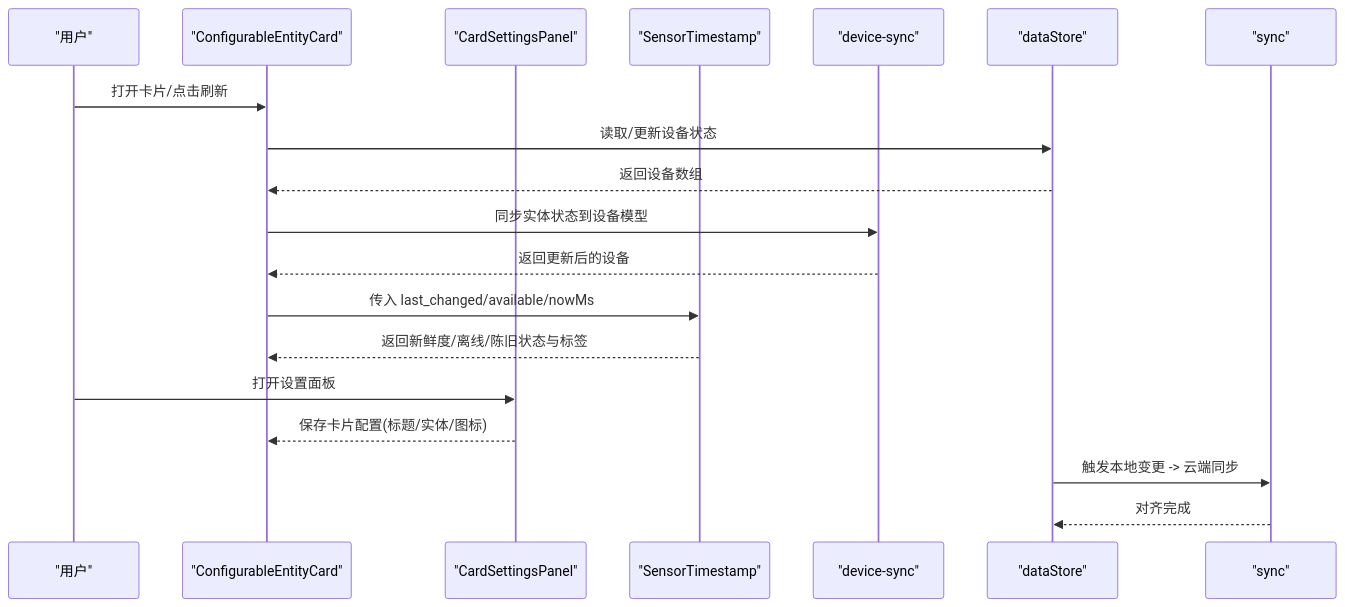
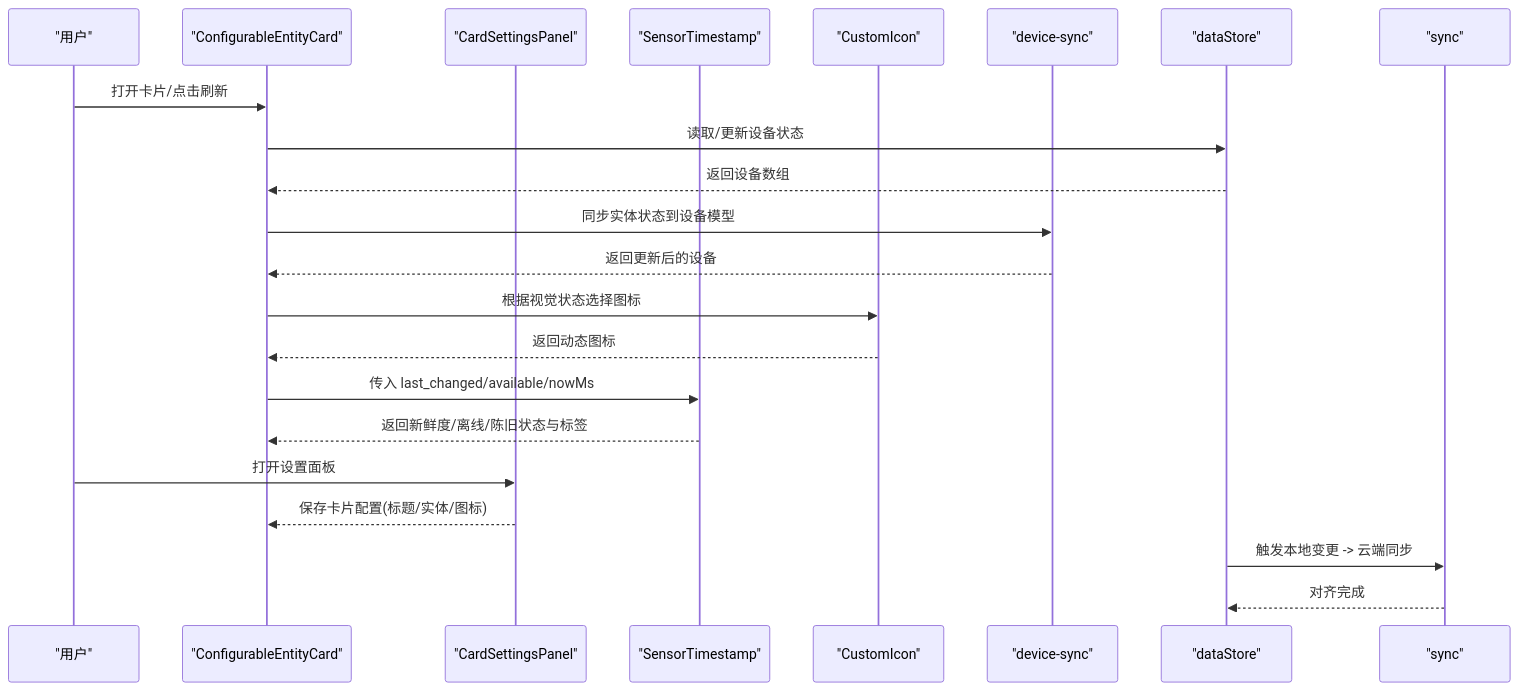
Before and after one commit to skyeyinkun/HAUI: the second of 8 diagrams in .qoder/repowiki/zh/content/设备控制模块/传感器监控系统.md, drawn with Mermaid. The commit also changed other lines of this file and 23 other files, not shown here.

````diff
--- a/.qoder/repowiki/zh/content/设备控制模块/传感器监控系统.md
+++ b/.qoder/repowiki/zh/content/设备控制模块/传感器监控系统.md
@@ -128,21 +142,24 @@
 ```mermaid
 sequenceDiagram
 participant U as "用户"
 participant C as "ConfigurableEntityCard"
 participant S as "CardSettingsPanel"
 participant TS as "SensorTimestamp"
+participant CI as "CustomIcon"
 participant DS as "device-sync"
 participant ST as "dataStore"
 participant SY as "sync"
 U->>C : 打开卡片/点击刷新
 C->>ST : 读取/更新设备状态
 ST-->>C : 返回设备数组
 C->>DS : 同步实体状态到设备模型
 DS-->>C : 返回更新后的设备
+C->>CI : 根据视觉状态选择图标
+CI-->>C : 返回动态图标
 C->>TS : 传入 last_changed/available/nowMs
 TS-->>C : 返回新鲜度/离线/陈旧状态与标签
 U->>S : 打开设置面板
 S-->>C : 保存卡片配置(标题/实体/图标)
 ST->>SY : 触发本地变更 -> 云端同步
 SY-->>ST : 对齐完成
 ```
````
